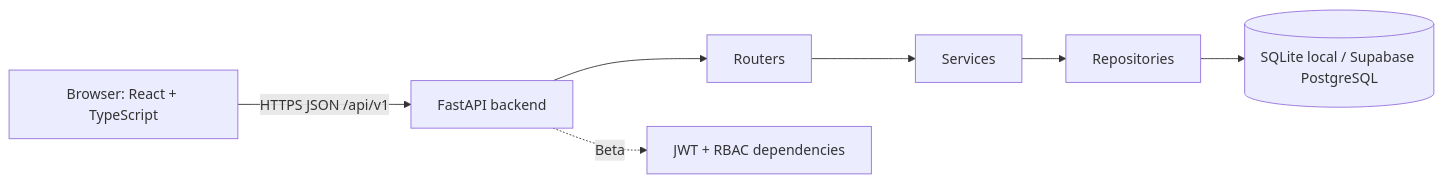
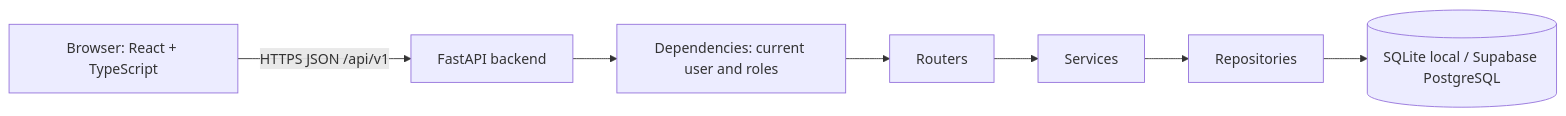
The first of 5 diagrams in docs/03-tdd.md (Mdhossain567/2312144-S6-CampusEats), drawn with Mermaid before and after one commit. The commit also changed other lines of this file, not shown here.

````diff
--- a/docs/03-tdd.md
+++ b/docs/03-tdd.md
@@ -35,9 +36,9 @@
 ```mermaid
 flowchart LR
     U[Browser: React + TypeScript] -->|HTTPS JSON /api/v1| API[FastAPI backend]
-    API --> R[Routers]
+    API --> D[Dependencies: current user and roles]
+    D --> R[Routers]
     R --> S[Services]
     S --> Repo[Repositories]
     Repo --> DB[(SQLite local / Supabase PostgreSQL)]
-    API -.->|Beta| Auth[JWT + RBAC dependencies]
 ```
````
